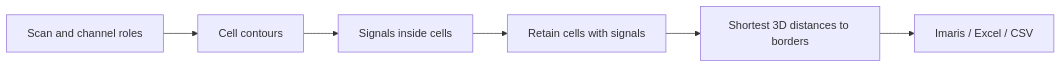
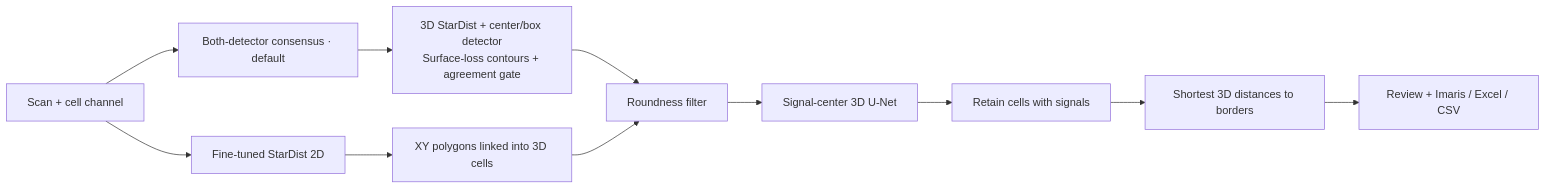
One commit to Rokoel/cell-nn changed the diagram in README.md. Above: the diagram before and after it, drawn with Mermaid. The commit also changed other lines of this file and 11 other files, not shown here.

````diff
--- a/README.md
+++ b/README.md
@@ -54,8 +57,13 @@
 ```mermaid
 flowchart LR
-    A[Scan and channel roles] --> B[Cell contours]
-    B --> C[Signals inside cells]
-    C --> D[Retain cells with signals]
-    D --> E[Shortest 3D distances to borders]
-    E --> F[Imaris / Excel / CSV]
+    A[Scan + cell channel] --> B[Both-detector consensus · default]
+    A --> C[Fine-tuned StarDist 2D]
+    B --> D[3D StarDist + center/box detector<br/>Surface-loss contours + agreement gate]
+    C --> E[XY polygons linked into 3D cells]
+    D --> F[Roundness filter]
+    E --> F
+    F --> G[Signal-center 3D U-Net]
+    G --> H[Retain cells with signals]
+    H --> I[Shortest 3D distances to borders]
+    I --> J[Review + Imaris / Excel / CSV]
 ```
````
